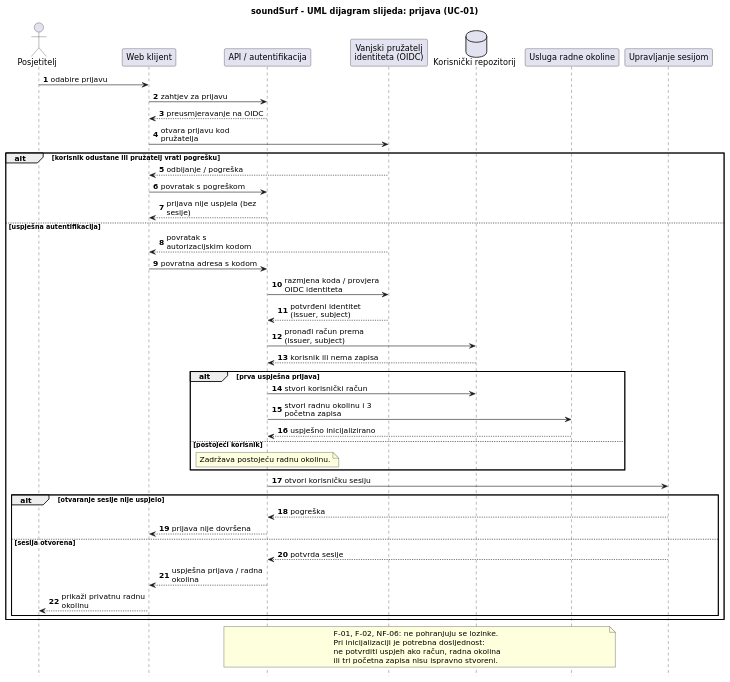
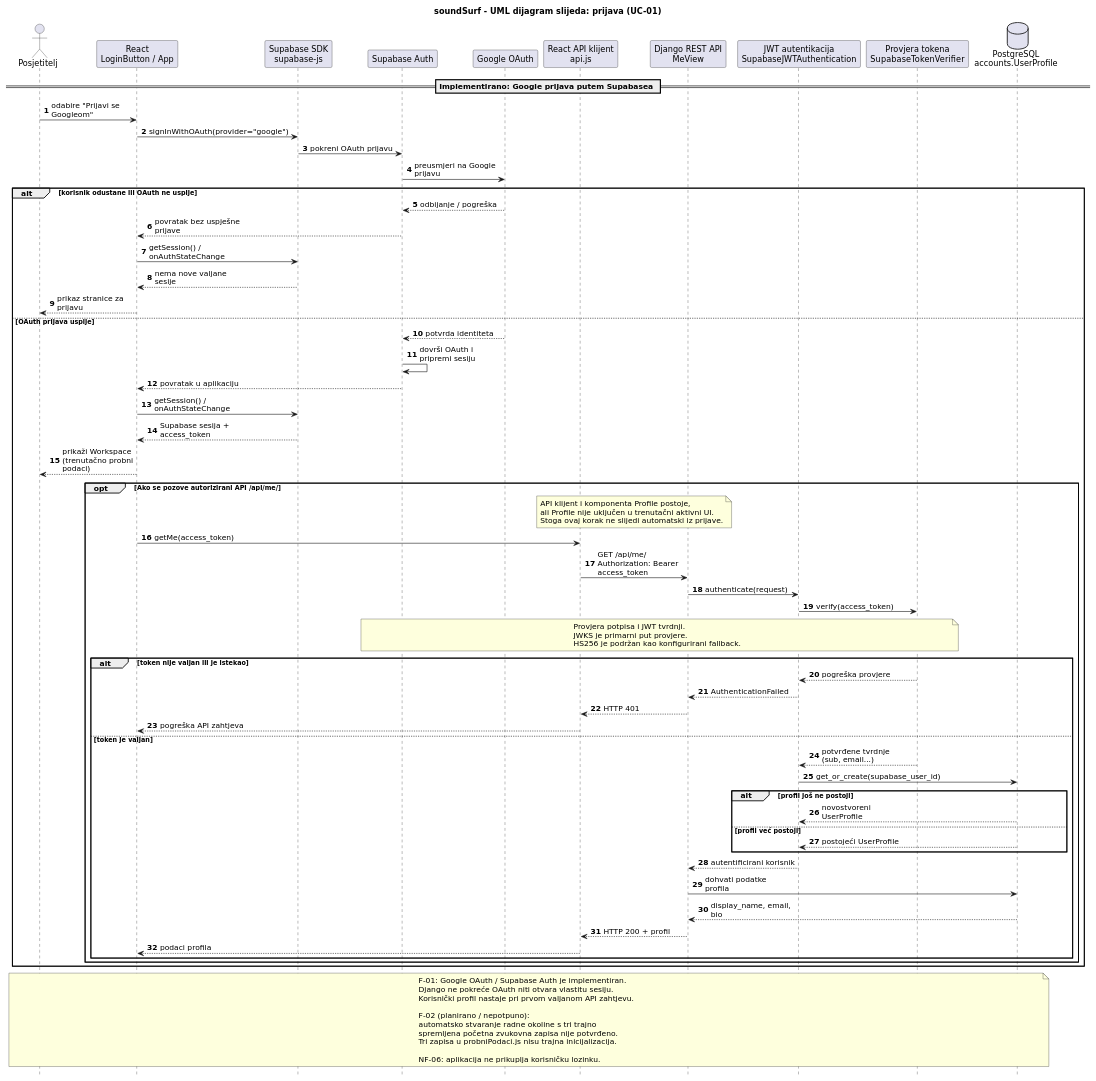
Before and after one commit to TomaPetrusic/soundSurf: the diagram in docs/puml/4-5-soundsurf-prijava-slijed.puml, drawn with PlantUML. The commit also changed 5 other files, not shown here.

Commit message:
docs: usklađeni UML dijagrami 4-1, 4-5 i 4-6 s implementacijom

```diff
--- a/docs/puml/4-5-soundsurf-prijava-slijed.puml
+++ b/docs/puml/4-5-soundsurf-prijava-slijed.puml
@@ -1,58 +1,96 @@
 @startuml
 skinparam shadowing false
 skinparam defaultFontName "DejaVu Sans"
-skinparam maxMessageSize 170
+skinparam maxMessageSize 150
 hide footbox
 
 title soundSurf - UML dijagram slijeda: prijava (UC-01)
 
 autonumber
-actor "Posjetitelj" as Posjetitelj
-participant "Web klijent" as UI
-participant "API / autentifikacija" as API
-participant "Vanjski pružatelj\nidentiteta (OIDC)" as IdP
-database "Korisnički repozitorij" as Users
-participant "Usluga radne okoline" as Workspace
-participant "Upravljanje sesijom" as Session
 
-Posjetitelj -> UI : odabire prijavu
-UI -> API : zahtjev za prijavu
-API --> UI : preusmjeravanje na OIDC
-UI -> IdP : otvara prijavu kod pružatelja
+actor "Posjetitelj" as User
+participant "React\nLoginButton / App" as UI
+participant "Supabase SDK\nsupabase-js" as SDK
+participant "Supabase Auth" as Auth
+participant "Google OAuth" as Google
+participant "React API klijent\napi.js" as Client
+participant "Django REST API\nMeView" as API
+participant "JWT autentikacija\nSupabaseJWTAuthentication" as JWT
+participant "Provjera tokena\nSupabaseTokenVerifier" as Verifier
+database "PostgreSQL\naccounts.UserProfile" as Profiles
 
-alt korisnik odustane ili pružatelj vrati pogrešku
-  IdP --> UI : odbijanje / pogreška
-  UI -> API : povratak s pogreškom
-  API --> UI : prijava nije uspjela (bez sesije)
-else uspješna autentifikacija
-  IdP --> UI : povratak s autorizacijskim kodom
-  UI -> API : povratna adresa s kodom
-  API -> IdP : razmjena koda / provjera OIDC identiteta
-  IdP --> API : potvrđeni identitet (issuer, subject)
-  API -> Users : pronađi račun prema (issuer, subject)
-  Users --> API : korisnik ili nema zapisa
-  alt prva uspješna prijava
-    API -> Users : stvori korisnički račun
-    API -> Workspace : stvori radnu okolinu i 3 početna zapisa
-    Workspace --> API : uspješno inicijalizirano
-  else postojeći korisnik
-    note over API : Zadržava postojeću radnu okolinu.
-  end
-  API -> Session : otvori korisničku sesiju
-  alt otvaranje sesije nije uspjelo
-    Session --> API : pogreška
-    API --> UI : prijava nije dovršena
-  else sesija otvorena
-    Session --> API : potvrda sesije
-    API --> UI : uspješna prijava / radna okolina
-    UI --> Posjetitelj : prikaži privatnu radnu okolinu
+== Implementirano: Google prijava putem Supabasea ==
+
+User -> UI : odabire "Prijavi se Googleom"
+UI -> SDK : signInWithOAuth(provider="google")
+SDK -> Auth : pokreni OAuth prijavu
+Auth -> Google : preusmjeri na Google prijavu
+
+alt korisnik odustane ili OAuth ne uspije
+  Google --> Auth : odbijanje / pogreška
+  Auth --> UI : povratak bez uspješne prijave
+  UI -> SDK : getSession() / onAuthStateChange
+  SDK --> UI : nema nove valjane sesije
+  UI --> User : prikaz stranice za prijavu
+else OAuth prijava uspije
+  Google --> Auth : potvrda identiteta
+  Auth -> Auth : dovrši OAuth i pripremi sesiju
+  Auth --> UI : povratak u aplikaciju
+  UI -> SDK : getSession() / onAuthStateChange
+  SDK --> UI : Supabase sesija + access_token
+  UI --> User : prikaži Workspace (trenutačno probni podaci)
+
+  opt Ako se pozove autorizirani API /api/me/
+    note over Client,API
+      API klijent i komponenta Profile postoje,
+      ali Profile nije uključen u trenutačni aktivni UI.
+      Stoga ovaj korak ne slijedi automatski iz prijave.
+    end note
+
+    UI -> Client : getMe(access_token)
+    Client -> API : GET /api/me/\nAuthorization: Bearer access_token
+    API -> JWT : authenticate(request)
+    JWT -> Verifier : verify(access_token)
+
+    note over Verifier,Auth
+      Provjera potpisa i JWT tvrdnji.
+      JWKS je primarni put provjere.
+      HS256 je podržan kao konfigurirani fallback.
+    end note
+
+    alt token nije valjan ili je istekao
+      Verifier --> JWT : pogreška provjere
+      JWT --> API : AuthenticationFailed
+      API --> Client : HTTP 401
+      Client --> UI : pogreška API zahtjeva
+    else token je valjan
+      Verifier --> JWT : potvrđene tvrdnje (sub, email...)
+      JWT -> Profiles : get_or_create(supabase_user_id)
+      alt profil još ne postoji
+        Profiles --> JWT : novostvoreni UserProfile
+      else profil već postoji
+        Profiles --> JWT : postojeći UserProfile
+      end
+      JWT --> API : autentificirani korisnik
+      API -> Profiles : dohvati podatke profila
+      Profiles --> API : display_name, email, bio
+      API --> Client : HTTP 200 + profil
+      Client --> UI : podaci profila
+    end
   end
 end
 
-note over API,Workspace
-  F-01, F-02, NF-06: ne pohranjuju se lozinke.
-  Pri inicijalizaciji je potrebna dosljednost:
-  ne potvrditi uspjeh ako račun, radna okolina
-  ili tri početna zapisa nisu ispravno stvoreni.
+note over User,Profiles
+  F-01: Google OAuth / Supabase Auth je implementiran.
+  Django ne pokreće OAuth niti otvara vlastitu sesiju.
+  Korisnički profil nastaje pri prvom valjanom API zahtjevu.
+
+  F-02 (planirano / nepotpuno):
+  automatsko stvaranje radne okoline s tri trajno
+  spremljena početna zvukovna zapisa nije potvrđeno.
+  Tri zapisa u probniPodaci.js nisu trajna inicijalizacija.
+
+  NF-06: aplikacija ne prikuplja korisničku lozinku.
 end note
+
 @enduml
```
